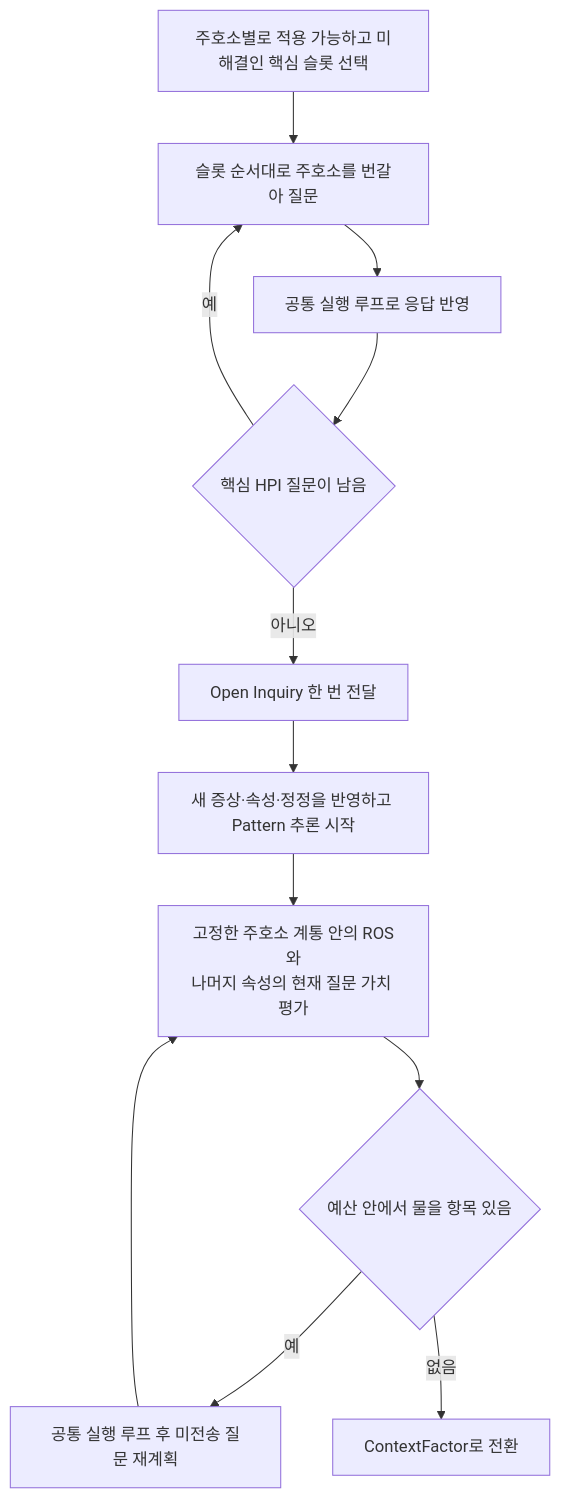
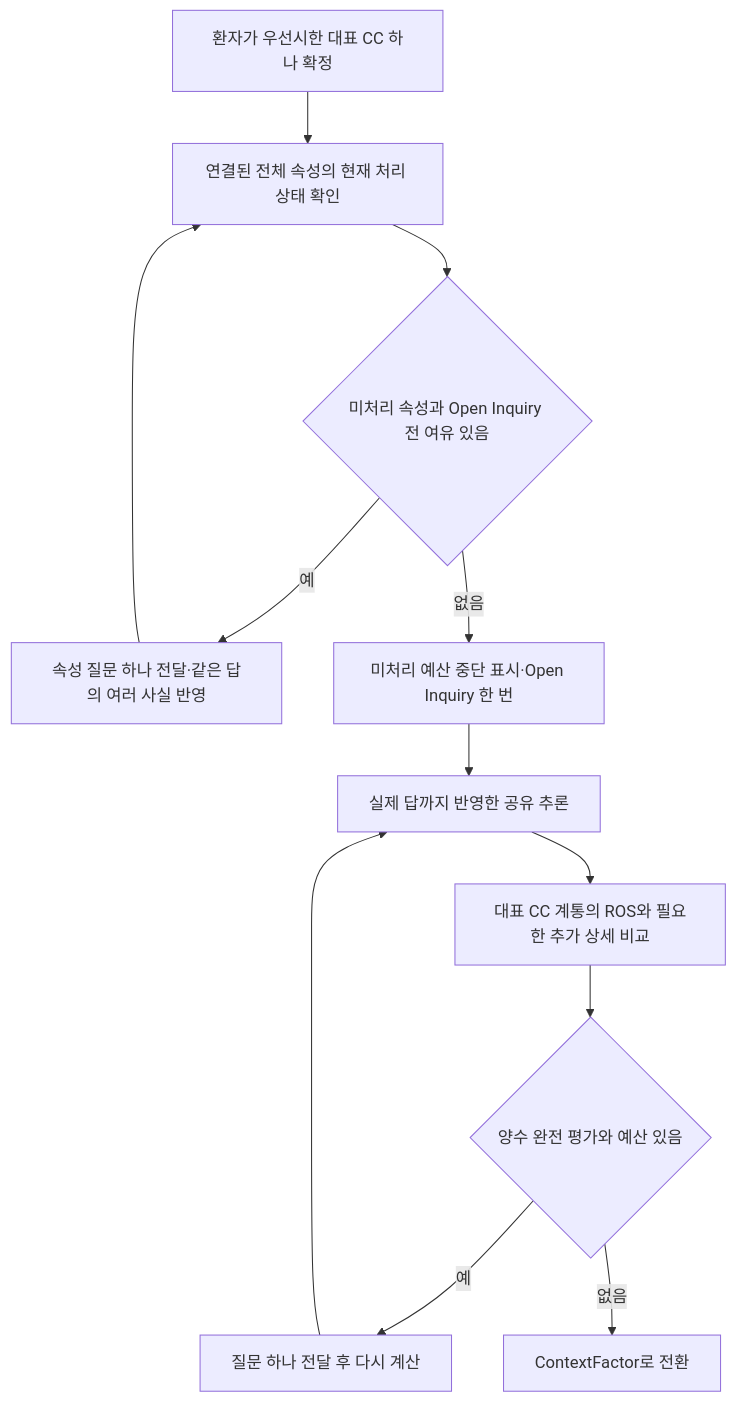
The third of 12 diagrams in submission/README.md (devRestain/Ontoward), drawn with Mermaid before and after one commit. The commit also changed other lines of this file and 36 other files, not shown here.

````diff
--- a/submission/README.md
+++ b/submission/README.md
@@ -137,14 +137,14 @@
 ```mermaid
 flowchart TD
-    C0["주호소별로 적용 가능하고 미해결인 핵심 슬롯 선택"] --> C1["슬롯 순서대로 주호소를 번갈아 질문"]
-    C1 --> C2["공통 실행 루프로 응답 반영"]
-    C2 --> C3{"핵심 HPI 질문이 남음"}
-    C3 -->|예| C1
-    C3 -->|아니오| C4["Open Inquiry 한 번 전달"]
-    C4 --> C5["새 증상·속성·정정을 반영하고 Pattern 추론 시작"]
-    C5 --> C6["고정한 주호소 계통 안의 ROS와<br/>나머지 속성의 현재 질문 가치 평가"]
-    C6 --> C7{"예산 안에서 물을 항목 있음"}
-    C7 -->|예| C8["공통 실행 루프 후 미전송 질문 재계획"]
-    C8 --> C6
+    C0["환자가 우선시한 대표 CC 하나 확정"] --> C1["연결된 전체 속성의 현재 처리 상태 확인"]
+    C1 --> C2{"미처리 속성과 Open Inquiry 전 여유 있음"}
+    C2 -->|예| C3["속성 질문 하나 전달·같은 답의 여러 사실 반영"]
+    C3 --> C1
+    C2 -->|없음| C4["미처리 예산 중단 표시·Open Inquiry 한 번"]
+    C4 --> C5["실제 답까지 반영한 공유 추론"]
+    C5 --> C6["대표 CC 계통의 ROS와 필요한 추가 상세 비교"]
+    C6 --> C7{"양수 완전 평가와 예산 있음"}
+    C7 -->|예| C8["질문 하나 전달 후 다시 계산"]
+    C8 --> C5
     C7 -->|없음| C9["ContextFactor로 전환"]
 ```
````
